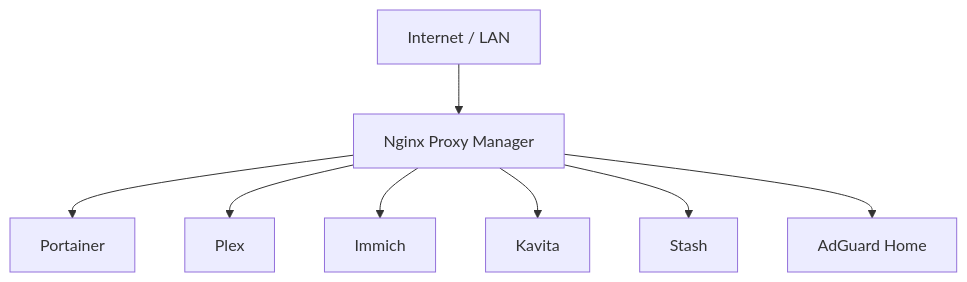
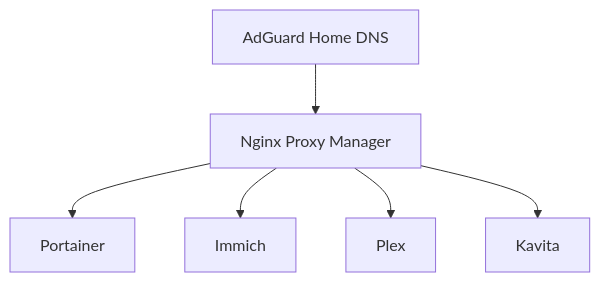
Before and after one commit to pirocorp/Ubuntu-Media-Server-Homelab-Setup-Guide: the ninth of 9 diagrams in README.md, drawn with Mermaid. The commit also changed other lines of this file, not shown here.

````diff
--- a/README.md
+++ b/README.md
@@ -1037,10 +1037,8 @@
 ```mermaid
 flowchart TD
-    A[Internet / LAN] --> B[Nginx Proxy Manager]
+    A[AdGuard Home DNS] --> B[Nginx Proxy Manager]
     B --> C[Portainer]
-    B --> D[Plex]
-    B --> E[Immich]
+    B --> D[Immich]
+    B --> E[Plex]
     B --> F[Kavita]
-    B --> G[Stash]
-    B --> H[AdGuard Home]
 ```
````
